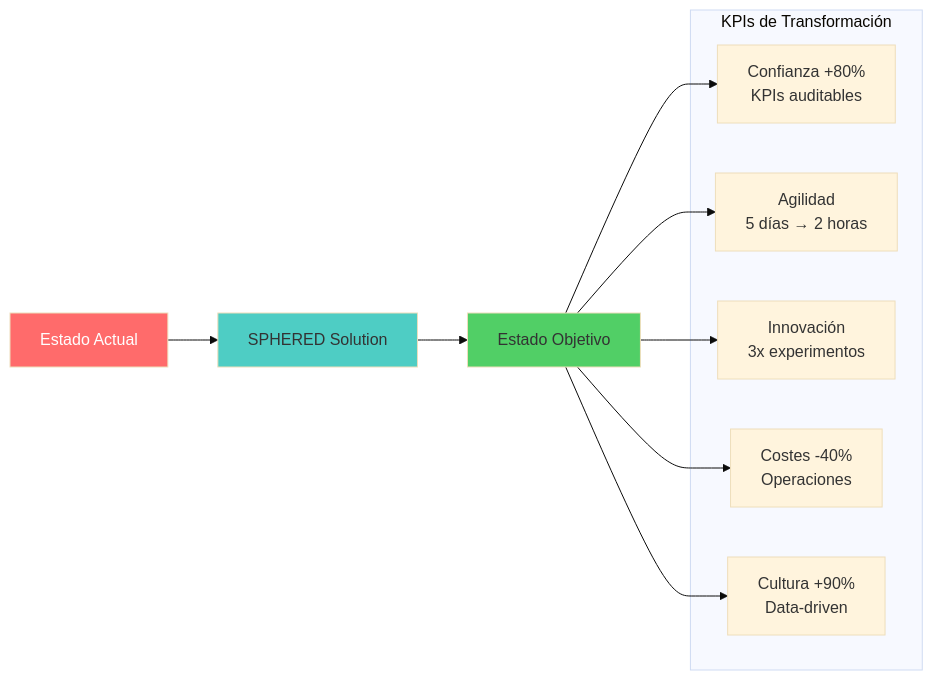
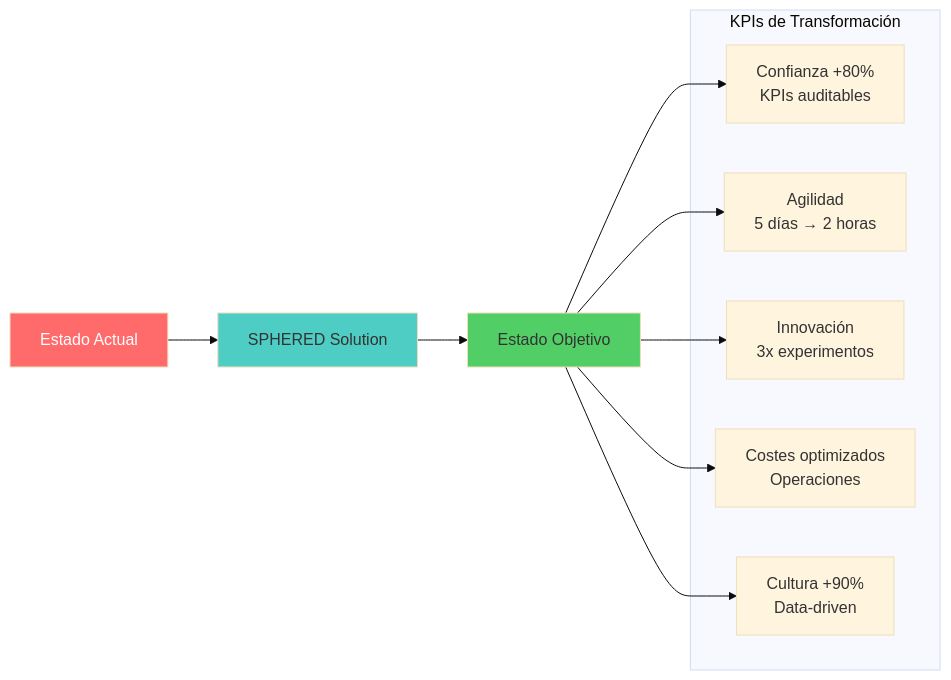
One commit to arielmmdx/offering changed diagram 16 of 17 in OFFERING.md. Above: the diagram before and after it, drawn with Mermaid (base theme). The commit also changed other lines of this file, not shown here.

````diff
--- a/OFFERING.md
+++ b/OFFERING.md
@@ -681,22 +680,22 @@
 ```mermaid
 graph LR
     A[Estado Actual] --> B[SPHERED Solution] --> C[Estado Objetivo]
     
     subgraph "KPIs de Transformación"
         D[Confianza +80%<br/>KPIs auditables]
         E[Agilidad<br/>5 días → 2 horas]
         F[Innovación<br/>3x experimentos]
-        G[Costes -40%<br/>Operaciones]
+        G[Costes optimizados<br/>Operaciones]
         H[Cultura +90%<br/>Data-driven]
     end
     
     C --> D
     C --> E
     C --> F
     C --> G
     C --> H
     
     style A fill:#ff6b6b,color:#fff
     style B fill:#4ecdc4
     style C fill:#51cf66
 ```
````
